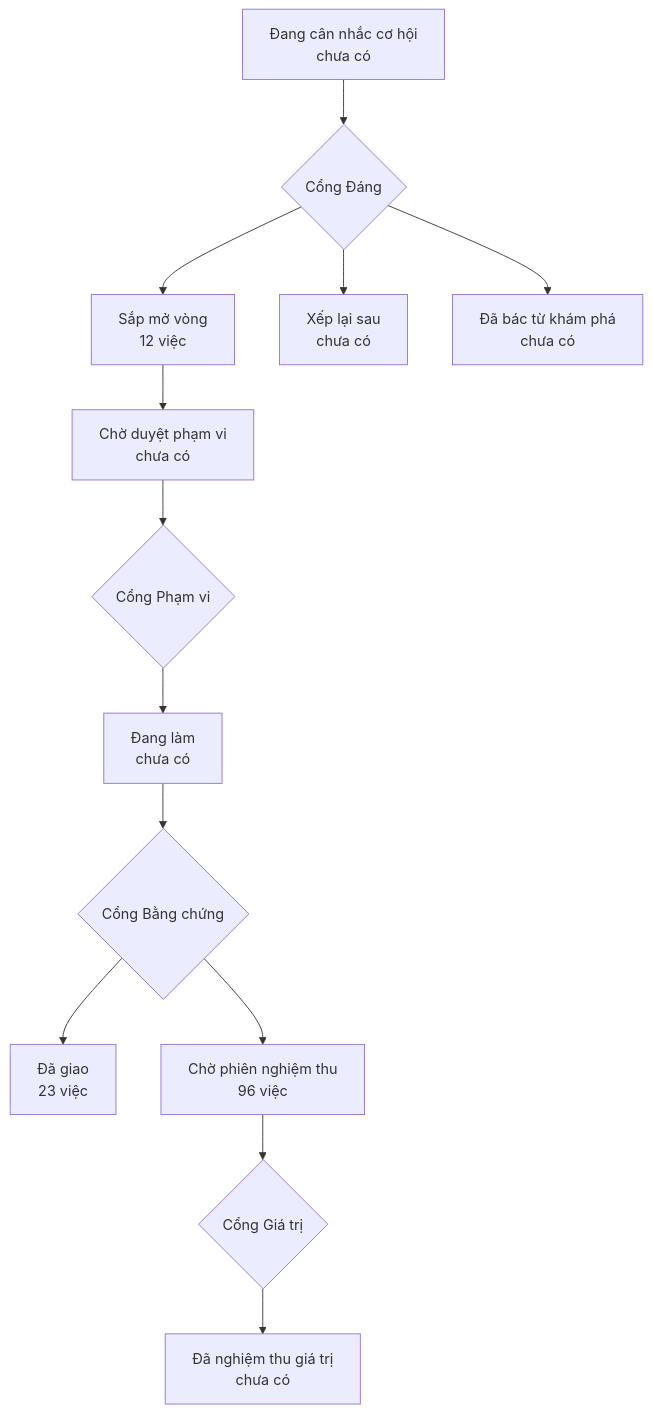
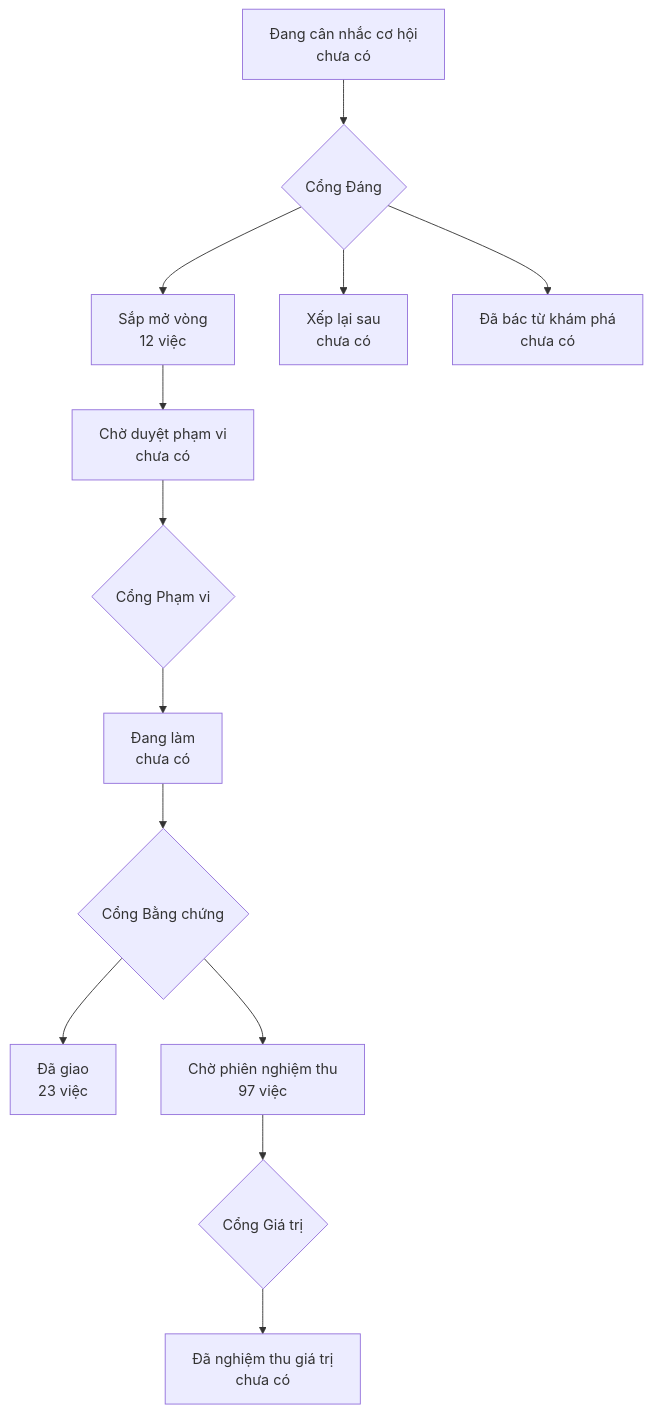
The diagram in PRODUCT-MAP.md (phanlemanh/onehub-quy-hang), drawn with Mermaid before and after one commit. The commit also changed other lines of this file and 1 other file, not shown here.

Commit message:
chore: vẽ lại bản đồ sau khi gộp nhánh chính

````diff
--- a/PRODUCT-MAP.md
+++ b/PRODUCT-MAP.md
@@ -7,12 +7,12 @@
 ```mermaid
 flowchart TD
   A["Đang cân nhắc cơ hội<br/>chưa có"] --> GD{"Cổng Đáng"}
   GD --> B["Sắp mở vòng<br/>12 việc"]
   GD --> XL["Xếp lại sau<br/>chưa có"]
   GD --> DB["Đã bác từ khám phá<br/>chưa có"]
   B --> CD["Chờ duyệt phạm vi<br/>chưa có"] --> GP{"Cổng Phạm vi"}
   GP --> DL["Đang làm<br/>chưa có"] --> GB{"Cổng Bằng chứng"}
   GB --> DG["Đã giao<br/>23 việc"]
-  GB --> CN["Chờ phiên nghiệm thu<br/>96 việc"] --> GG{"Cổng Giá trị"}
+  GB --> CN["Chờ phiên nghiệm thu<br/>97 việc"] --> GG{"Cổng Giá trị"}
   GG --> NT["Đã nghiệm thu giá trị<br/>chưa có"]
 ```
````
